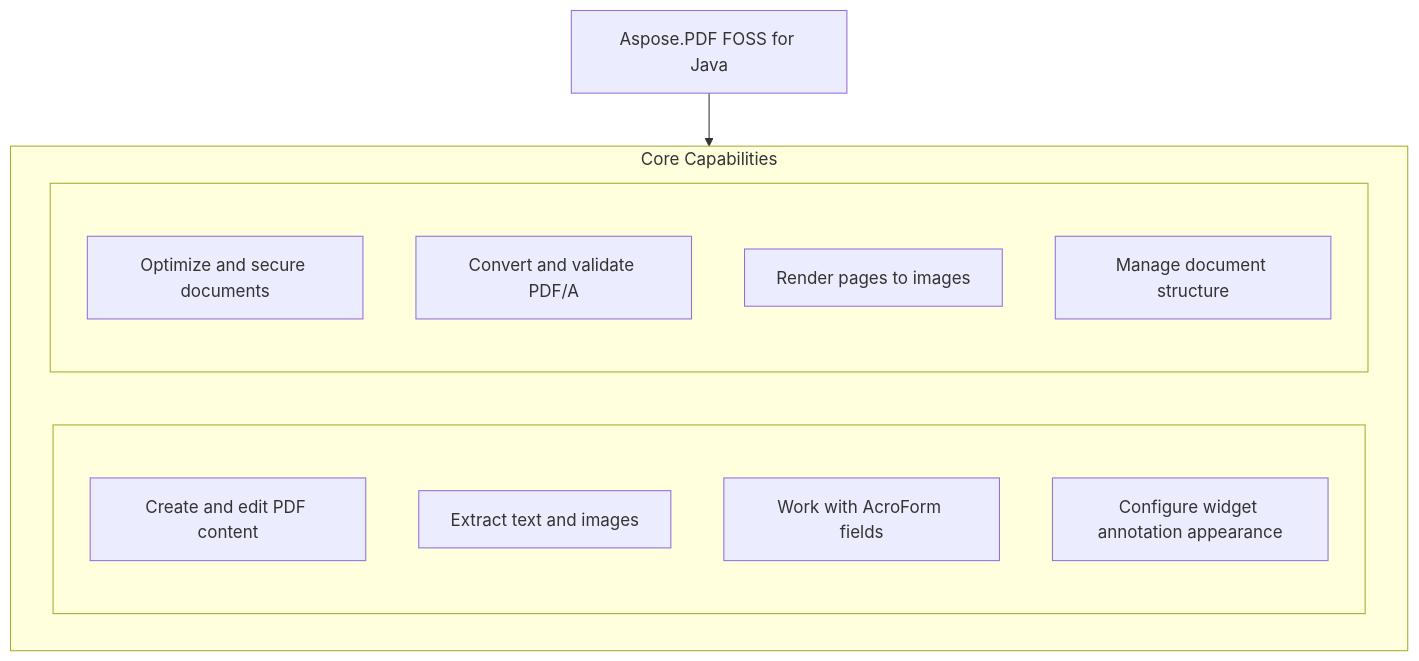
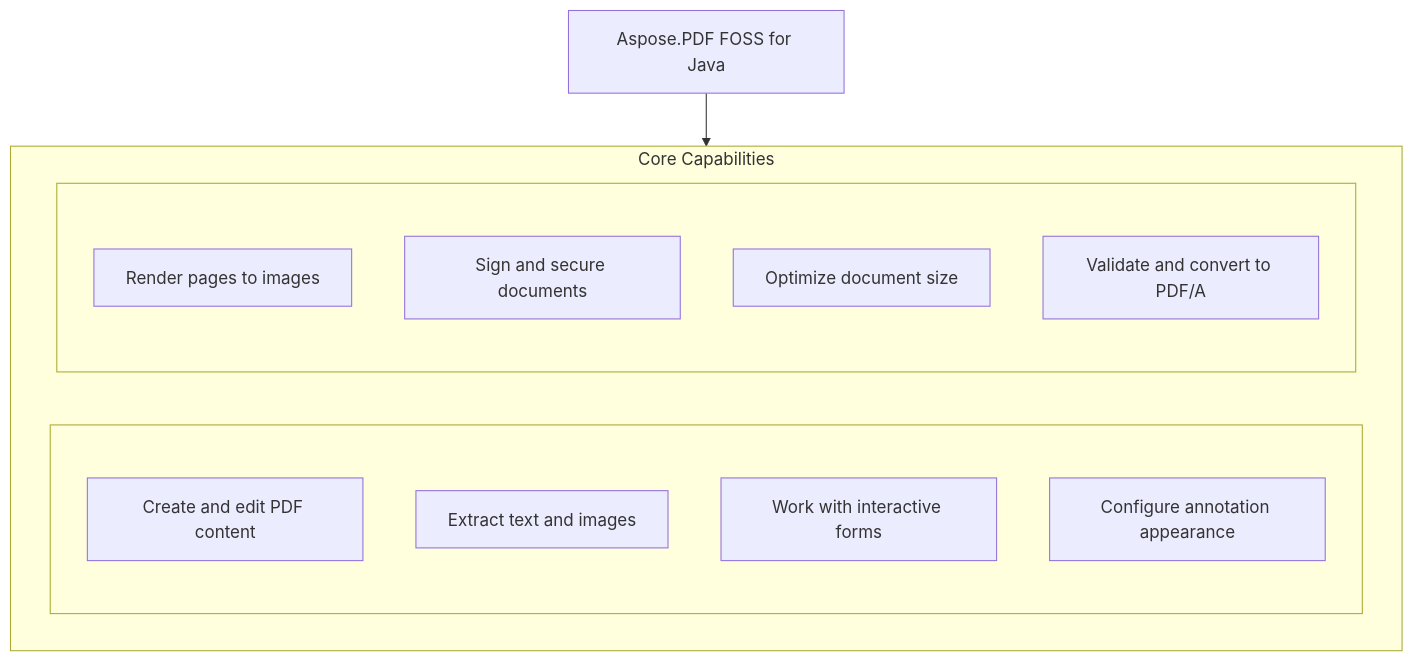
The diagram in candidates/aspose-pdf-foss__Aspose.PDF-FOSS-for-Java/099e70a8b309fdd6ce349607dd589dfde96f2989/README.md (babar-raza/repository-presenter), drawn with Mermaid before and after one commit. The commit also changed other lines of this file and 12 other files, not shown here.

````diff
--- a/candidates/aspose-pdf-foss__Aspose.PDF-FOSS-for-Java/099e70a8b309fdd6ce349607dd589dfde96f2989/README.md
+++ b/candidates/aspose-pdf-foss__Aspose.PDF-FOSS-for-Java/099e70a8b309fdd6ce349607dd589dfde96f2989/README.md
@@ -25,22 +25,22 @@
 ```mermaid
 flowchart TD
   PRODUCT["Aspose.PDF FOSS for Java"]
   subgraph Capabilities["Core Capabilities"]
     direction LR
     subgraph capl[" "]
       direction TB
       c1["Create and edit PDF content"]
       c2["Extract text and images"]
-      c3["Work with AcroForm fields"]
-      c4["Configure widget annotation appearance"]
+      c3["Work with interactive forms"]
+      c4["Configure annotation appearance"]
     end
     subgraph capr[" "]
       direction TB
-      c5["Optimize and secure documents"]
-      c6["Convert and validate PDF/A"]
-      c7["Render pages to images"]
-      c8["Manage document structure"]
+      c5["Render pages to images"]
+      c6["Sign and secure documents"]
+      c7["Optimize document size"]
+      c8["Validate and convert to PDF/A"]
     end
   end
   PRODUCT --> Capabilities
 ```
````
